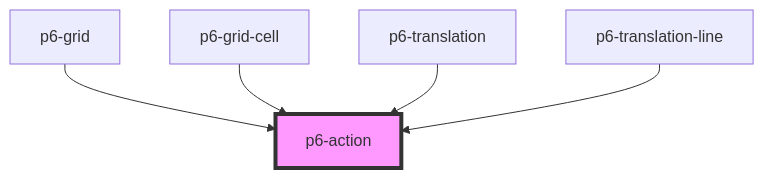
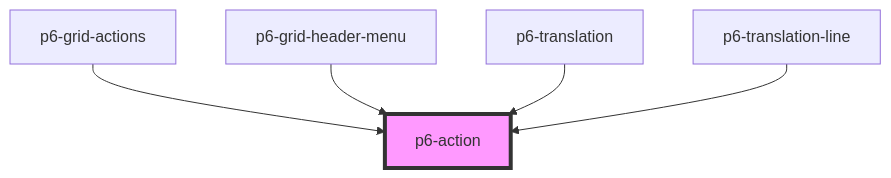
The diagram in src/components/atoms/p6-action/readme.md (amalto/platform6-ui-components), drawn with Mermaid before and after one commit. The commit also changed other lines of this file and 105 other files, not shown here.

````diff
--- a/src/components/atoms/p6-action/readme.md
+++ b/src/components/atoms/p6-action/readme.md
@@ -25,8 +25,8 @@
 ```mermaid
 graph TD;
-  p6-grid --> p6-action
-  p6-grid-cell --> p6-action
+  p6-grid-actions --> p6-action
+  p6-grid-header-menu --> p6-action
   p6-translation --> p6-action
   p6-translation-line --> p6-action
   style p6-action fill:#f9f,stroke:#333,stroke-width:4px
 ```
````
